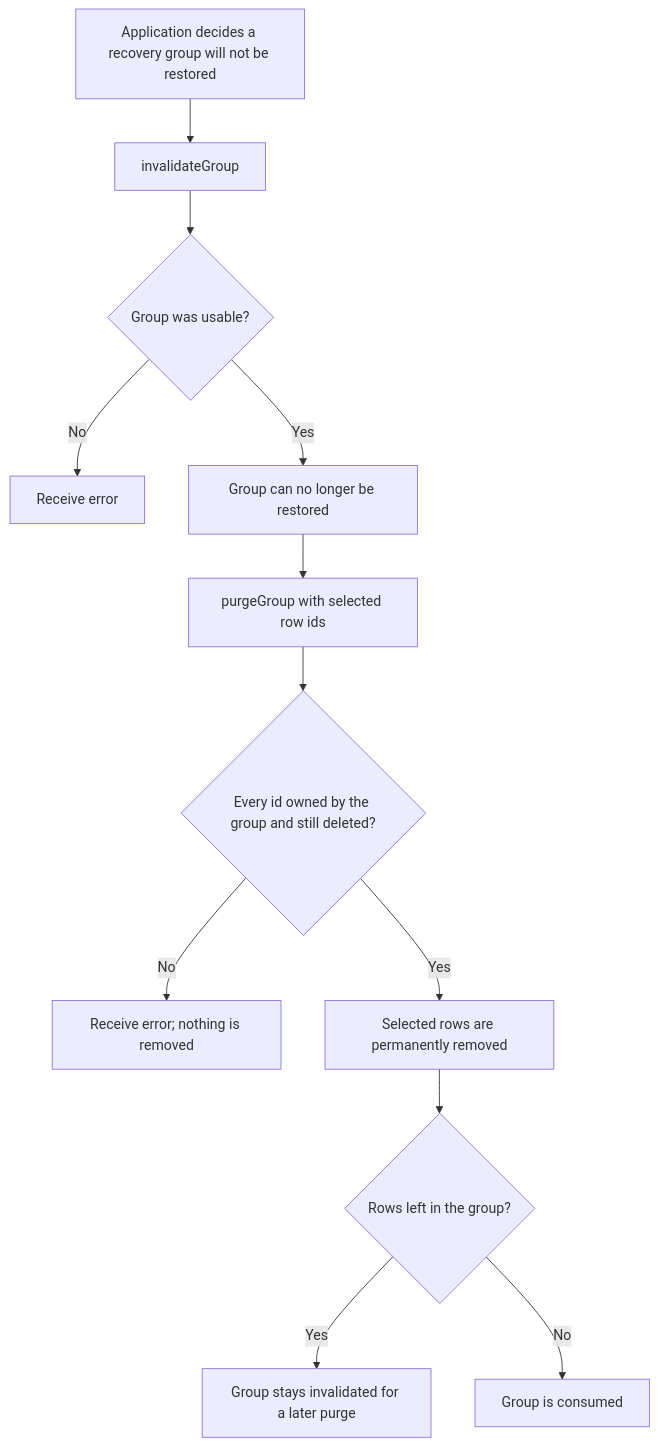
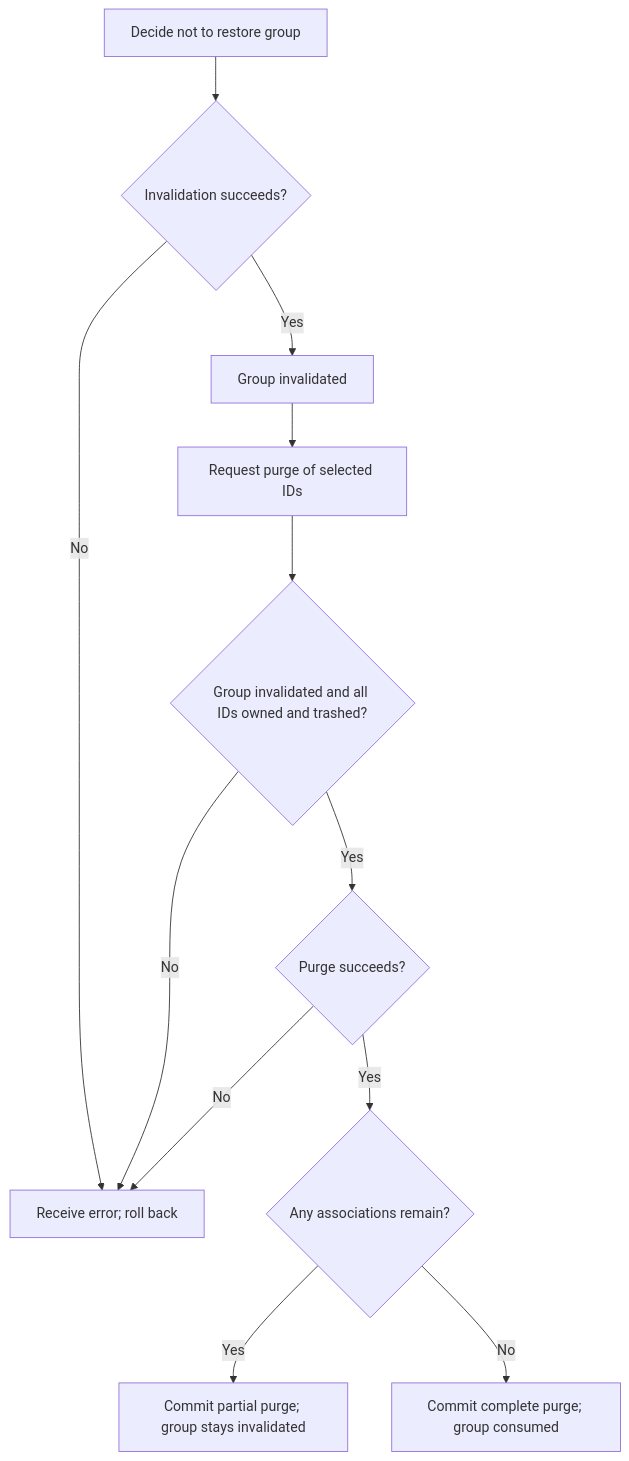
One commit to Kevinjohn/oss-adonisjs-lucid-soft-delete changed the first of 2 diagrams in user-stories/example-apps/us-demo-07-purge-recovery-group.md. Above: the diagram before and after it, drawn with Mermaid. The commit also changed other lines of this file and 26 other files, not shown here.

````diff
--- a/user-stories/example-apps/us-demo-07-purge-recovery-group.md
+++ b/user-stories/example-apps/us-demo-07-purge-recovery-group.md
@@ -21,14 +21,12 @@
 ```mermaid
 flowchart TD
-    A["Application decides a recovery group will not be restored"] --> B["invalidateGroup"]
-    B --> C{"Group was usable?"}
-    C -->|No| D["Receive error"]
-    C -->|Yes| E["Group can no longer be restored"]
-    E --> F["purgeGroup with selected row ids"]
-    F --> G{"Every id owned by the group and still deleted?"}
-    G -->|No| H["Receive error; nothing is removed"]
-    G -->|Yes| I["Selected rows are permanently removed"]
-    I --> J{"Rows left in the group?"}
-    J -->|Yes| K["Group stays invalidated for a later purge"]
-    J -->|No| L["Group is consumed"]
+    A["Decide not to restore group"] --> B{"Invalidation succeeds?"}
+    B -->|No| C["Receive error; roll back"]
+    B -->|Yes| D["Group invalidated"] --> E["Request purge of selected IDs"] --> F{"Group invalidated and all IDs owned and trashed?"}
+    F -->|No| C
+    F -->|Yes| G{"Purge succeeds?"}
+    G -->|No| C
+    G -->|Yes| H{"Any associations remain?"}
+    H -->|Yes| I["Commit partial purge; group stays invalidated"]
+    H -->|No| J["Commit complete purge; group consumed"]
 ```
````
